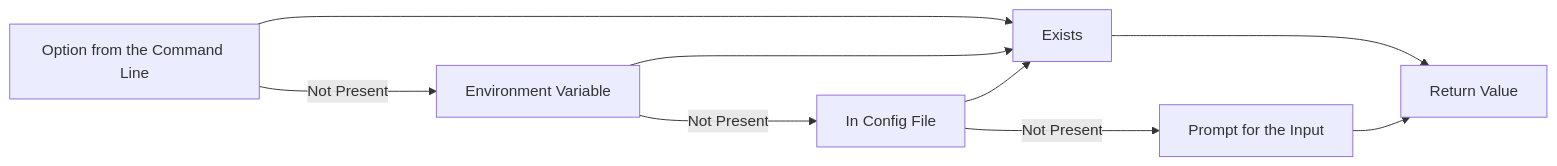
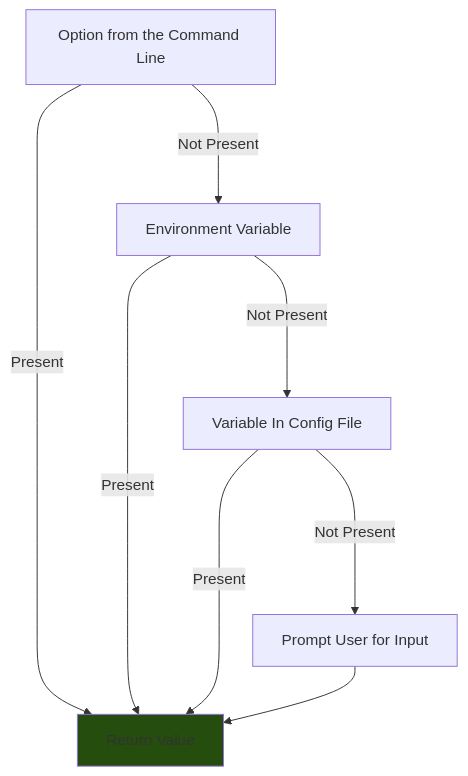
The diagram in Readme.md (aexol-studio/config-maker), drawn with Mermaid before and after one commit.

Commit message:
Redesign Readme.md

````diff
--- a/Readme.md
+++ b/Readme.md
@@ -18,12 +18,12 @@
 ```mermaid
-graph LR
-    A[Option from the Command Line] --> AY[Exists]
-    AY --> R[Return Value]
+flowchart TD
+    A[Option from the Command Line] --Present--> R[Return Value]
     A --Not Present--->
-    D[Environment Variable] --> AY
+    D[Environment Variable] --Present--> R
     D --Not Present--->
-    E[In Config File] -->  AY
+    E[Variable In Config File] --Present-->   R
     E --Not Present--->
-    F[Prompt for the Input] --> R
+    F[Prompt User for Input] --> R
 
+    style R fill:#244d0e
 ```
````
